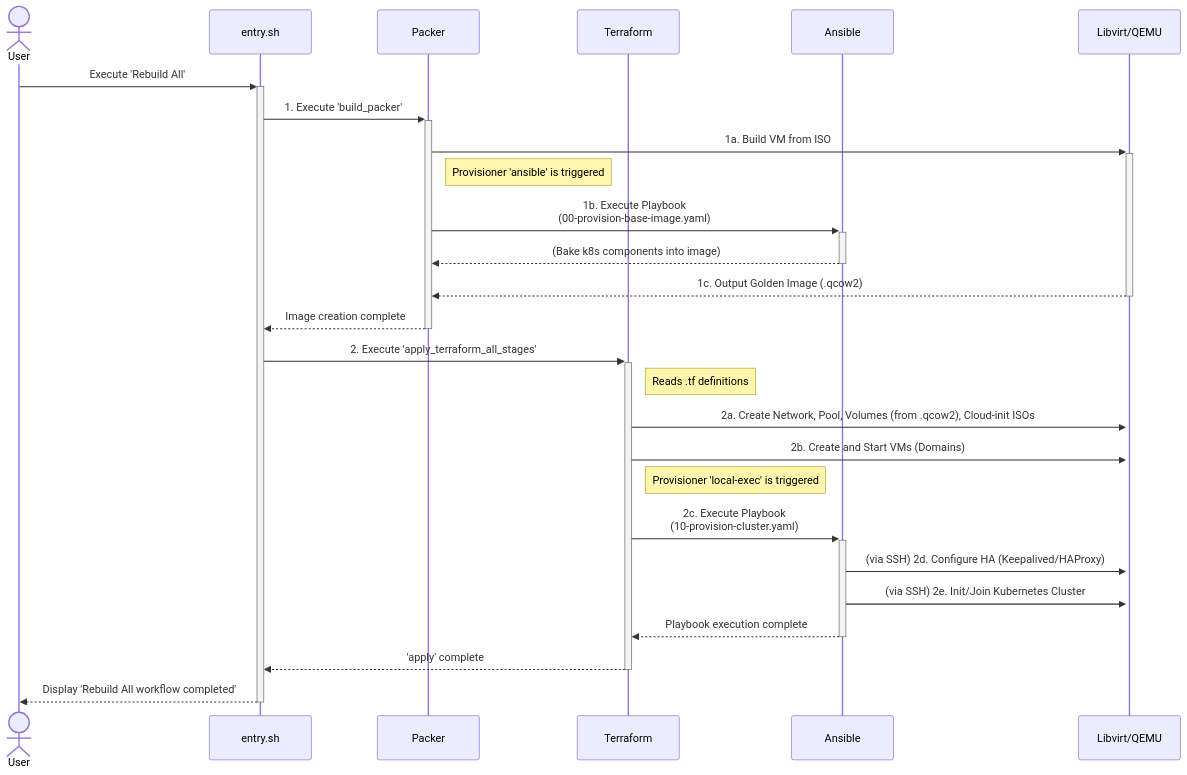
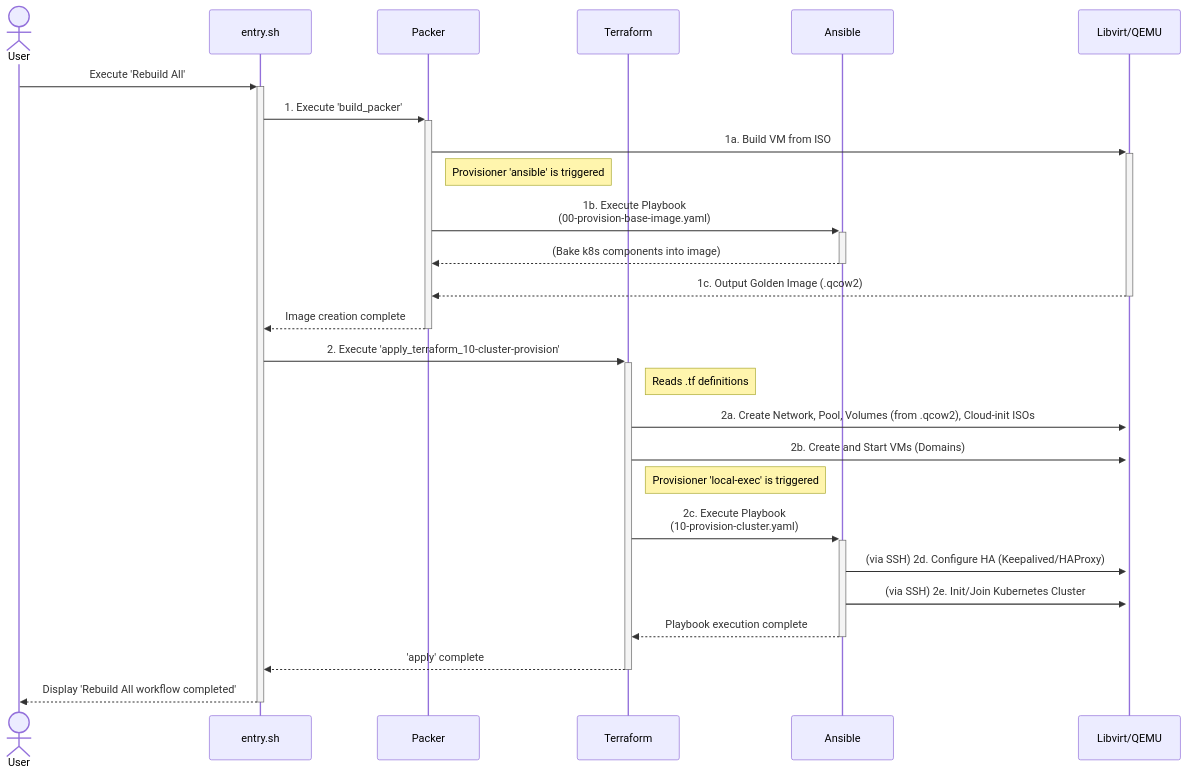
One commit to csning1998/on-premise-gitlab-deployment changed the diagram in README.md. Above: the diagram before and after it, drawn with Mermaid. The commit also changed other lines of this file, not shown here.

````diff
--- a/README.md
+++ b/README.md
@@ -388,31 +465,31 @@
 ```mermaid
 sequenceDiagram
    actor User
    participant Entrypoint as entry.sh
    participant Packer
    participant Terraform
    participant Ansible
    participant Libvirt as Libvirt/QEMU
 
    User->>+Entrypoint: Execute 'Rebuild All'
 
    Entrypoint->>+Packer: 1. Execute 'build_packer'
    Packer->>+Libvirt: 1a. Build VM from ISO
    note right of Packer: Provisioner 'ansible' is triggered
    Packer->>+Ansible: 1b. Execute Playbook<br>(00-provision-base-image.yaml)
    Ansible-->>-Packer: (Bake k8s components into image)
    Libvirt-->>-Packer: 1c. Output Golden Image (.qcow2)
    Packer-->>-Entrypoint: Image creation complete
 
-   Entrypoint->>+Terraform: 2. Execute 'apply_terraform_all_stages'
+   Entrypoint->>+Terraform: 2. Execute 'apply_terraform_10-cluster-provision'
    note right of Terraform: Reads .tf definitions
    Terraform->>+Libvirt: 2a. Create Network, Pool, Volumes (from .qcow2), Cloud-init ISOs
    Terraform->>+Libvirt: 2b. Create and Start VMs (Domains)
    note right of Terraform: Provisioner 'local-exec' is triggered
    Terraform->>+Ansible: 2c. Execute Playbook<br>(10-provision-cluster.yaml)
    Ansible->>Libvirt: (via SSH) 2d. Configure HA (Keepalived/HAProxy)
    Ansible->>Libvirt: (via SSH) 2e. Init/Join Kubernetes Cluster
    Ansible-->>-Terraform: Playbook execution complete
    Terraform-->>-Entrypoint: 'apply' complete
    Entrypoint-->>-User: Display 'Rebuild All workflow completed'
 ```
````
